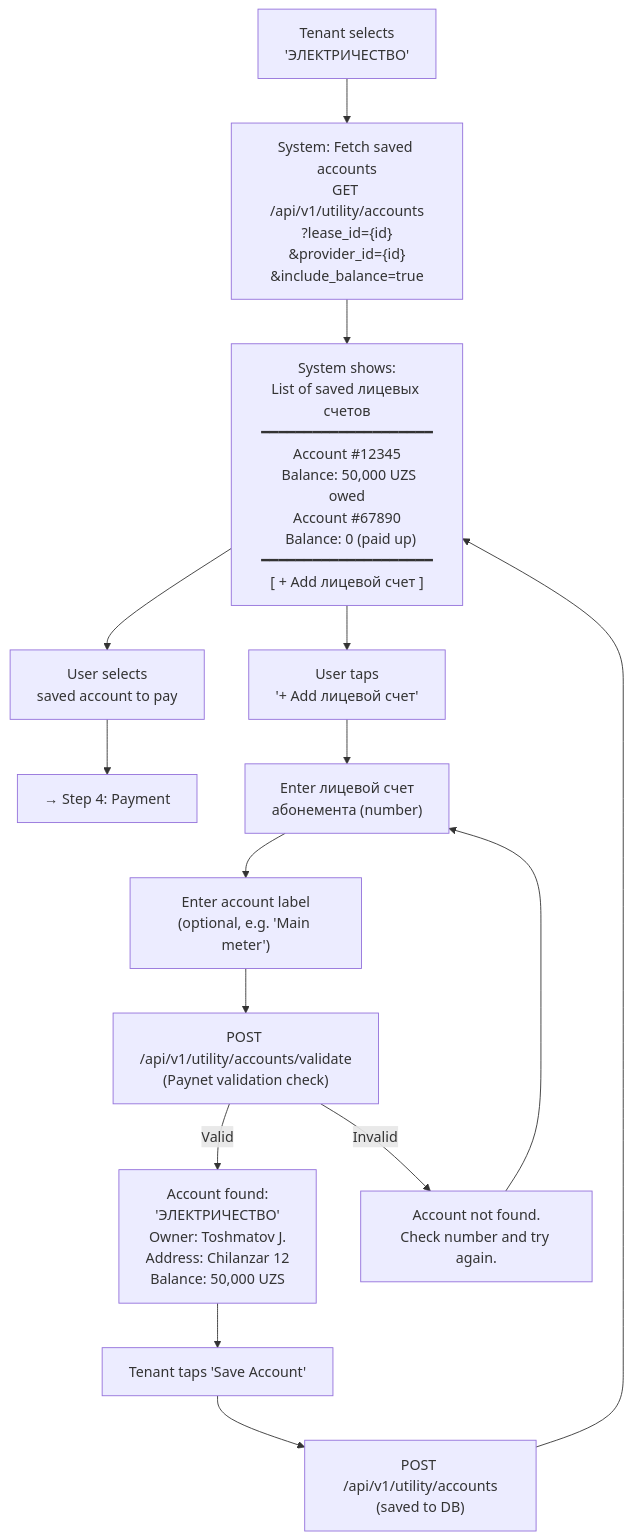
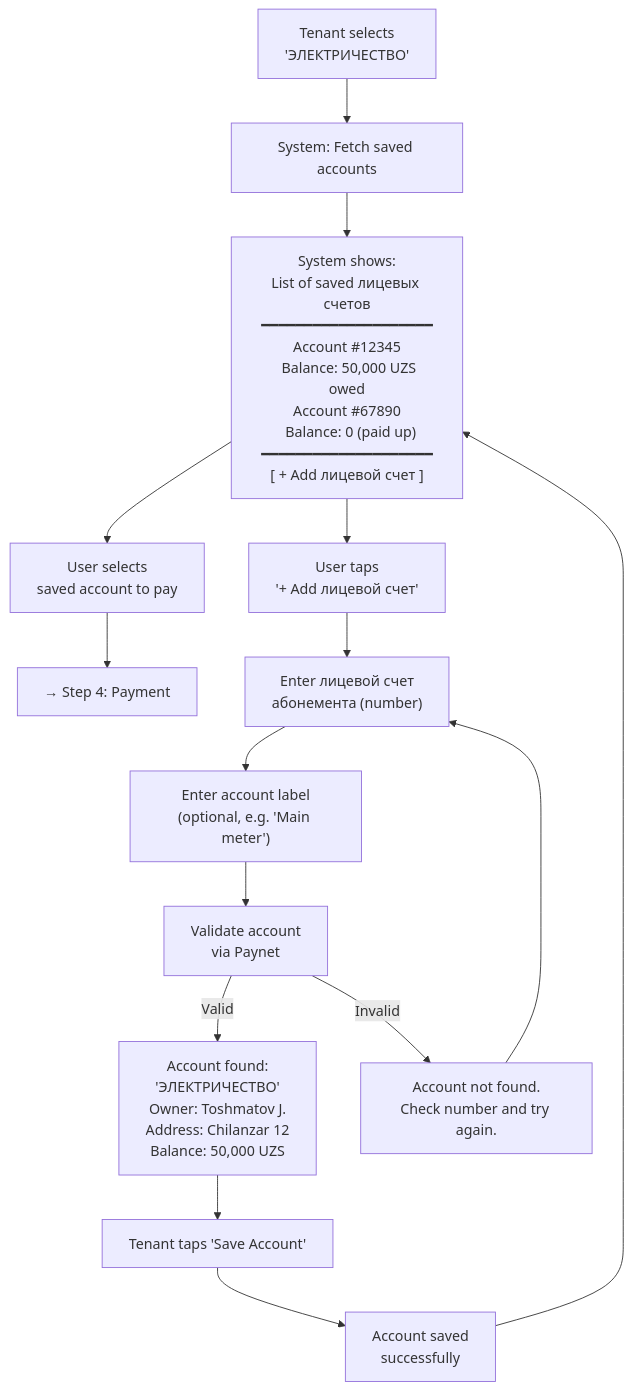
The fourth of 11 diagrams in utilities-payment-userflow.md (saodatm-dev/Utilities---Informational-Architecture), drawn with Mermaid before and after one commit. The commit also changed other lines of this file and 1 other file, not shown here.

Commit message:
refactor: remove outdated API content and detailed technical sections from payment user flow documentation, and simplify API endpoint descriptions.

````diff
--- a/utilities-payment-userflow.md
+++ b/utilities-payment-userflow.md
@@ -132,24 +132,24 @@
 ```mermaid
 flowchart TD
-    PROV["Tenant selects<br/>'ЭЛЕКТРИЧЕСТВО'"] --> FETCH["System: Fetch saved accounts<br/>GET /api/v1/utility/accounts<br/>?lease_id={id}<br/>&provider_id={id}<br/>&include_balance=true"]
+    PROV["Tenant selects<br/>'ЭЛЕКТРИЧЕСТВО'"] --> FETCH["System: Fetch saved accounts"]
 
     FETCH --> LIST_SCREEN["System shows:<br/>List of saved лицевых счетов<br/>━━━━━━━━━━━━━━━━━━━━<br/>Account #12345<br/>  Balance: 50,000 UZS owed<br/>Account #67890<br/>  Balance: 0 (paid up)<br/>━━━━━━━━━━━━━━━━━━━━<br/>[ + Add лицевой счет ]"]
 
     LIST_SCREEN --> SELECT_ACC["User selects<br/>saved account to pay"]
     LIST_SCREEN --> ADD_FLOW["User taps<br/>'+ Add лицевой счет'"]
 
     SELECT_ACC --> NEXT["→ Step 4: Payment"]
 
     ADD_FLOW --> INPUT["Enter лицевой счет<br/>абонемента (number)"]
     INPUT --> LABEL["Enter account label<br/>(optional, e.g. 'Main meter')"]
-    LABEL --> VALIDATE["POST /api/v1/utility/accounts/validate<br/>(Paynet validation check)"]
+    LABEL --> VALIDATE["Validate account<br/>via Paynet"]
 
     VALIDATE -->|"Valid"| FOUND["Account found:<br/>'ЭЛЕКТРИЧЕСТВО'<br/>Owner: Toshmatov J.<br/>Address: Chilanzar 12<br/>Balance: 50,000 UZS"]
     VALIDATE -->|"Invalid"| NOTFOUND["Account not found.<br/>Check number and try again."]
     NOTFOUND --> INPUT
 
     FOUND --> SAVE_BTN["Tenant taps 'Save Account'"]
-    SAVE_BTN --> SAVED["POST /api/v1/utility/accounts<br/>(saved to DB)"]
+    SAVE_BTN --> SAVED["Account saved<br/>successfully"]
     SAVED --> LIST_SCREEN
 
 ```
````
